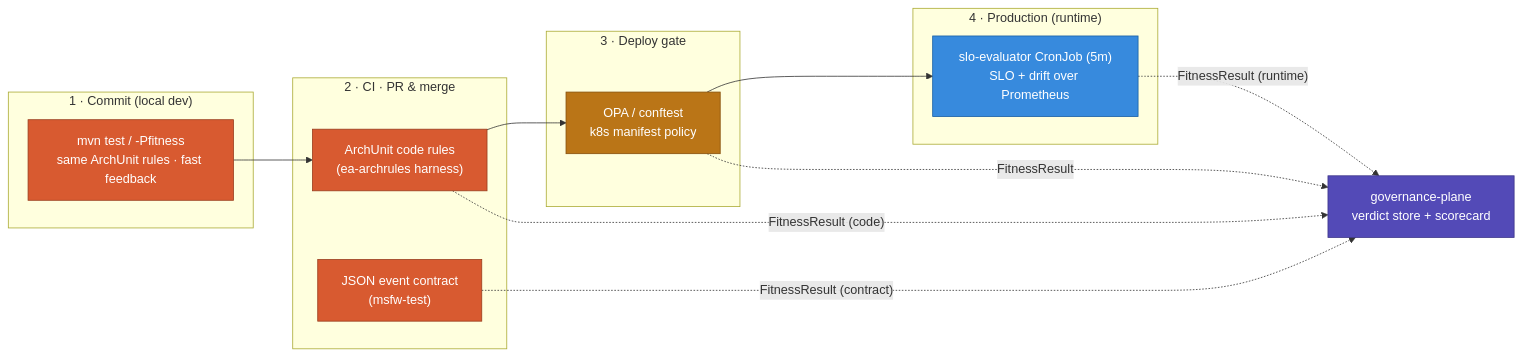
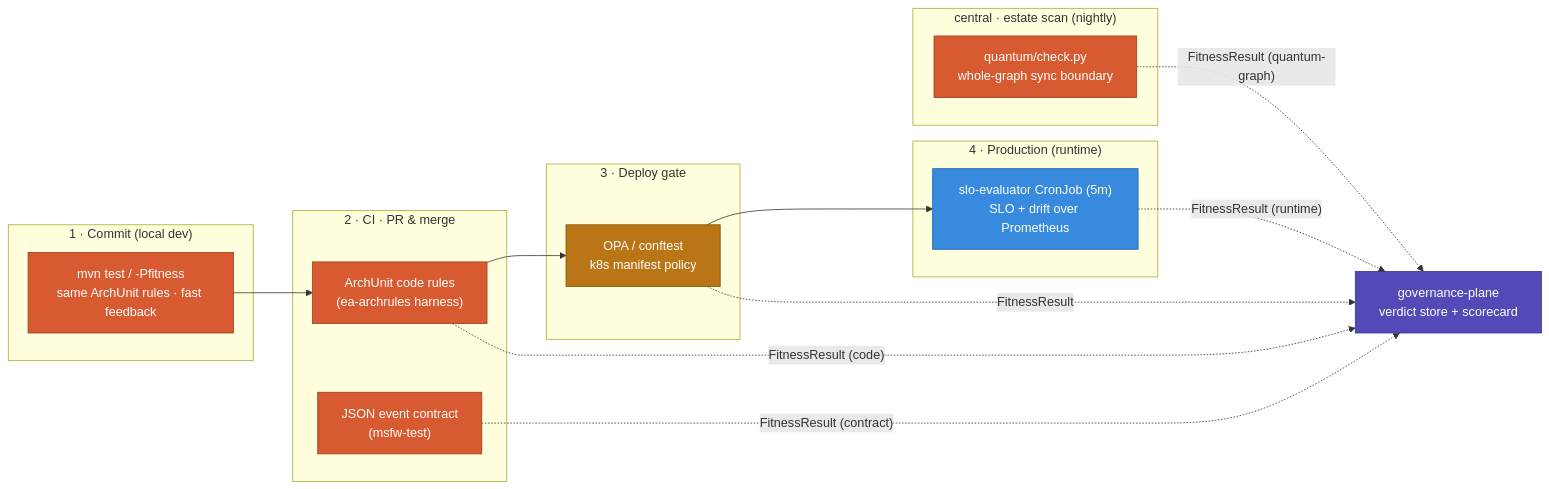
Before and after one commit to pmsbkhn/ea-governance: the diagram in docs/FITNESS_LIFECYCLE.md, drawn with Mermaid. The commit also changed other lines of this file and 6 other files, not shown here.

First line of the commit message:
docs: document quantum boundary + whole-graph; add ADR 0002 (operating model) (#16)

````diff
--- a/docs/FITNESS_LIFECYCLE.md
+++ b/docs/FITNESS_LIFECYCLE.md
@@ -16,30 +16,34 @@
 ```mermaid
 flowchart LR
   classDef code fill:#d85a30,stroke:#993c1d,color:#fff;
   classDef gate fill:#ba7517,stroke:#854f0b,color:#fff;
   classDef run fill:#378add,stroke:#185fa5,color:#fff;
   classDef store fill:#534ab7,stroke:#3c3489,color:#fff;
 
   subgraph P1["1 · Commit (local dev)"]
     L["mvn test / -Pfitness<br/>same ArchUnit rules · fast feedback"]:::code
   end
   subgraph P2["2 · CI · PR & merge"]
     A["ArchUnit code rules<br/>(ea-archrules harness)"]:::code
     C["JSON event contract<br/>(msfw-test)"]:::code
   end
   subgraph P3["3 · Deploy gate"]
     O["OPA / conftest<br/>k8s manifest policy"]:::gate
   end
   subgraph P4["4 · Production (runtime)"]
     S["slo-evaluator CronJob (5m)<br/>SLO + drift over Prometheus"]:::run
   end
+  subgraph PG["central · estate scan (nightly)"]
+    Q["quantum/check.py<br/>whole-graph sync boundary"]:::code
+  end
 
   GP["governance-plane<br/>verdict store + scorecard"]:::store
 
   L --> A
   A --> O --> S
   A -.->|"FitnessResult (code)"| GP
   C -.->|"FitnessResult (contract)"| GP
   O -.->|"FitnessResult"| GP
   S -.->|"FitnessResult (runtime)"| GP
+  Q -.->|"FitnessResult (quantum-graph)"| GP
 ```
````
